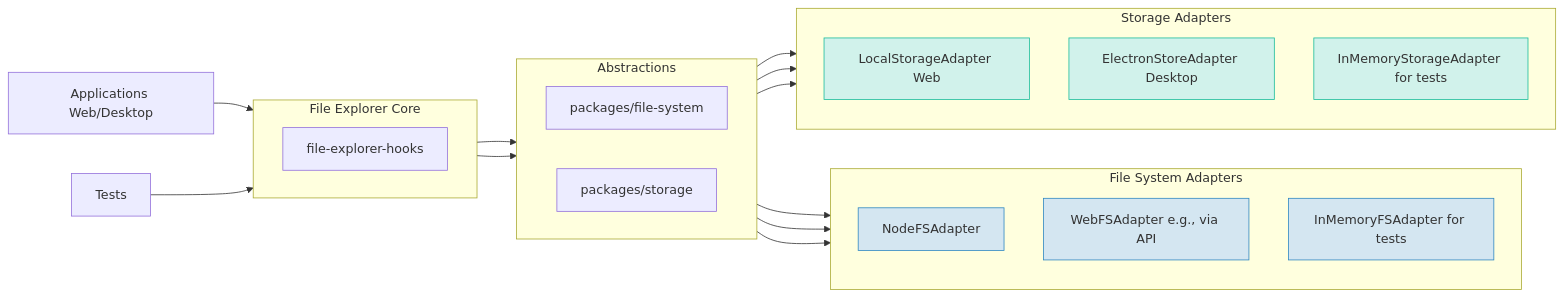
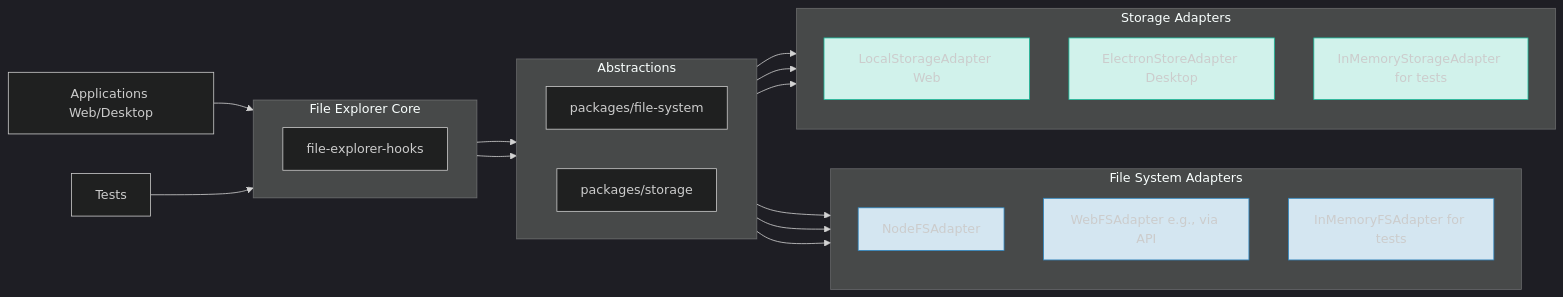
Before and after one commit to seandearnaley/brainstrike: the second of 2 diagrams in README.md, drawn with Mermaid. The commit also changed other lines of this file and 14 other files, not shown here.

````diff
--- a/README.md
+++ b/README.md
@@ -212,49 +213,50 @@
 ```mermaid
+%%{init: {'theme':'dark'}}%%
 graph LR;
     subgraph CoreLogic[File Explorer Core]
         direction LR
         FXH[file-explorer-hooks]
     end
 
     subgraph Abstractions
         direction LR
         FS[packages/file-system]
         S[packages/storage]
     end
 
     subgraph Adapters_FileSystem[File System Adapters]
         direction TB
         FS_Node[NodeFSAdapter]
         FS_Web[WebFSAdapter e.g., via API]
         FS_Mem[InMemoryFSAdapter for tests]
     end
 
     subgraph Adapters_Storage[Storage Adapters]
         direction TB
         S_Local[LocalStorageAdapter Web]
         S_Electron[ElectronStoreAdapter Desktop]
         S_Mem[InMemoryStorageAdapter for tests]
     end
 
     FXH --> FS;
     FXH --> S;
 
     FS --> FS_Node;
     FS --> FS_Web;
     FS --> FS_Mem;
 
     S --> S_Local;
     S --> S_Electron;
     S --> S_Mem;
 
     APPS[Applications Web/Desktop] --> FXH;
     TESTS[Tests] --> FXH;
 
     style FS_Node fill:#D4E6F1,stroke:#2E86C1
     style FS_Web fill:#D4E6F1,stroke:#2E86C1
     style FS_Mem fill:#D4E6F1,stroke:#2E86C1
 
     style S_Local fill:#D1F2EB,stroke:#1ABC9C
     style S_Electron fill:#D1F2EB,stroke:#1ABC9C
     style S_Mem fill:#D1F2EB,stroke:#1ABC9C
 ```
````
